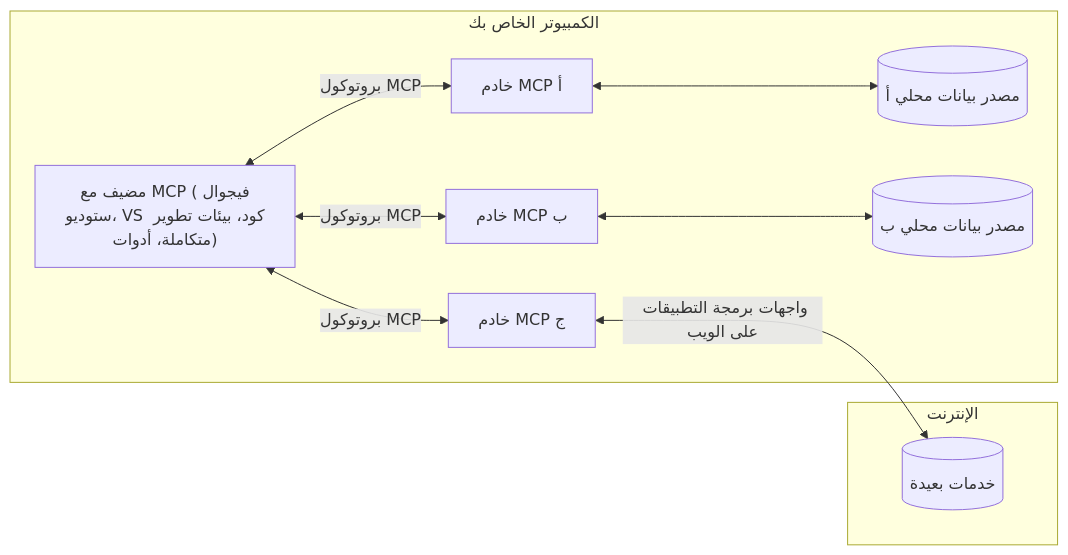
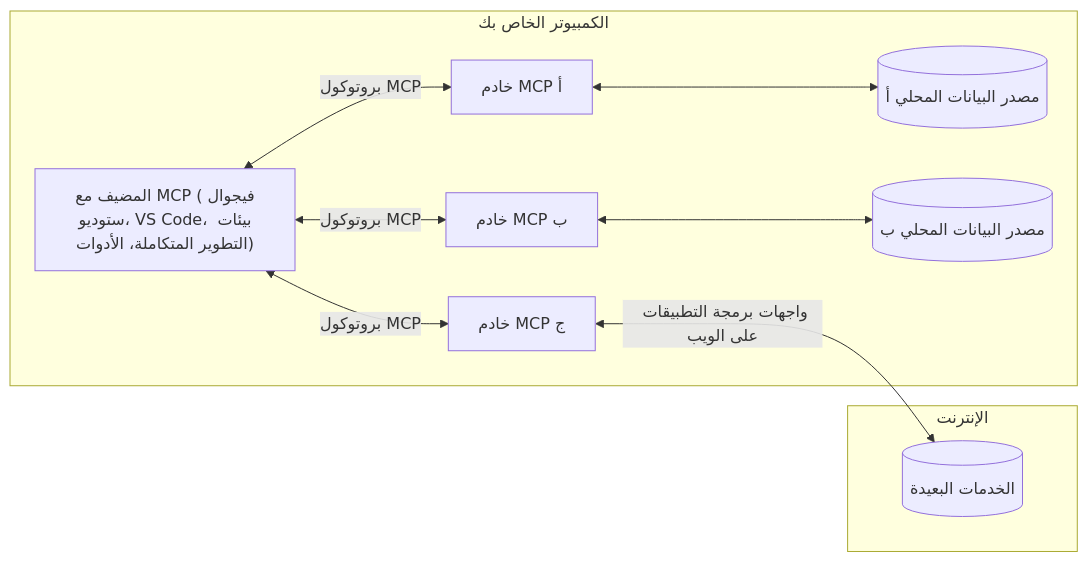
One commit to Mu-L/mcp-for-beginners changed the diagram in translations/ar/01-CoreConcepts/README.md. Above: the diagram before and after it, drawn with Mermaid. The commit also changed other lines of this file and 5 other files, not shown here.

````diff
--- a/translations/ar/01-CoreConcepts/README.md
+++ b/translations/ar/01-CoreConcepts/README.md
@@ -45,17 +45,17 @@
 ```mermaid
 flowchart LR
     subgraph "الكمبيوتر الخاص بك"
-        Host["مضيف مع MCP (فيجوال ستوديو، VS كود، بيئات تطوير متكاملة، أدوات)"]
+        Host["المضيف مع MCP (فيجوال ستوديو، VS Code، بيئات التطوير المتكاملة، الأدوات)"]
         S1["خادم MCP أ"]
         S2["خادم MCP ب"]
         S3["خادم MCP ج"]
         Host <-->|"بروتوكول MCP"| S1
         Host <-->|"بروتوكول MCP"| S2
         Host <-->|"بروتوكول MCP"| S3
-        S1 <--> D1[("مصدر بيانات محلي أ")]
-        S2 <--> D2[("مصدر بيانات محلي ب")]
+        S1 <--> D1[("مصدر البيانات المحلي أ")]
+        S2 <--> D2[("مصدر البيانات المحلي ب")]
     end
     subgraph "الإنترنت"
-        S3 <-->|"واجهات برمجة التطبيقات على الويب"| D3[("خدمات بعيدة")]
+        S3 <-->|"واجهات برمجة التطبيقات على الويب"| D3[("الخدمات البعيدة")]
     end
 ```
````
